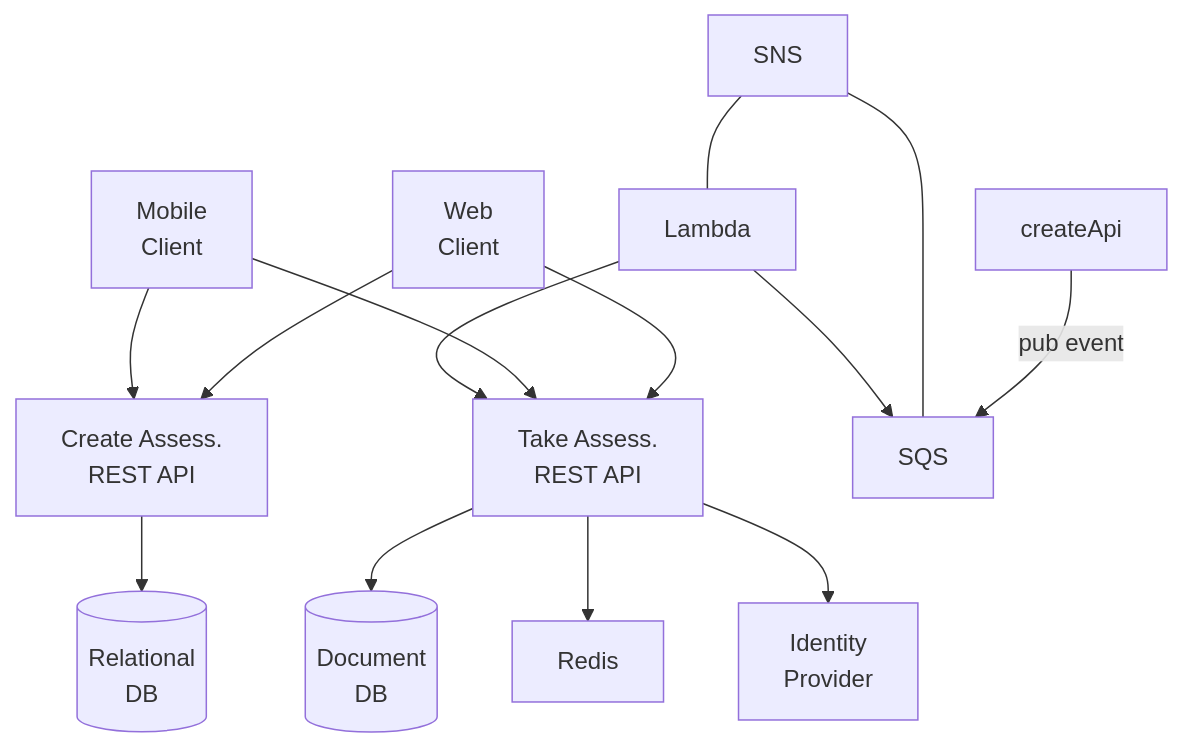
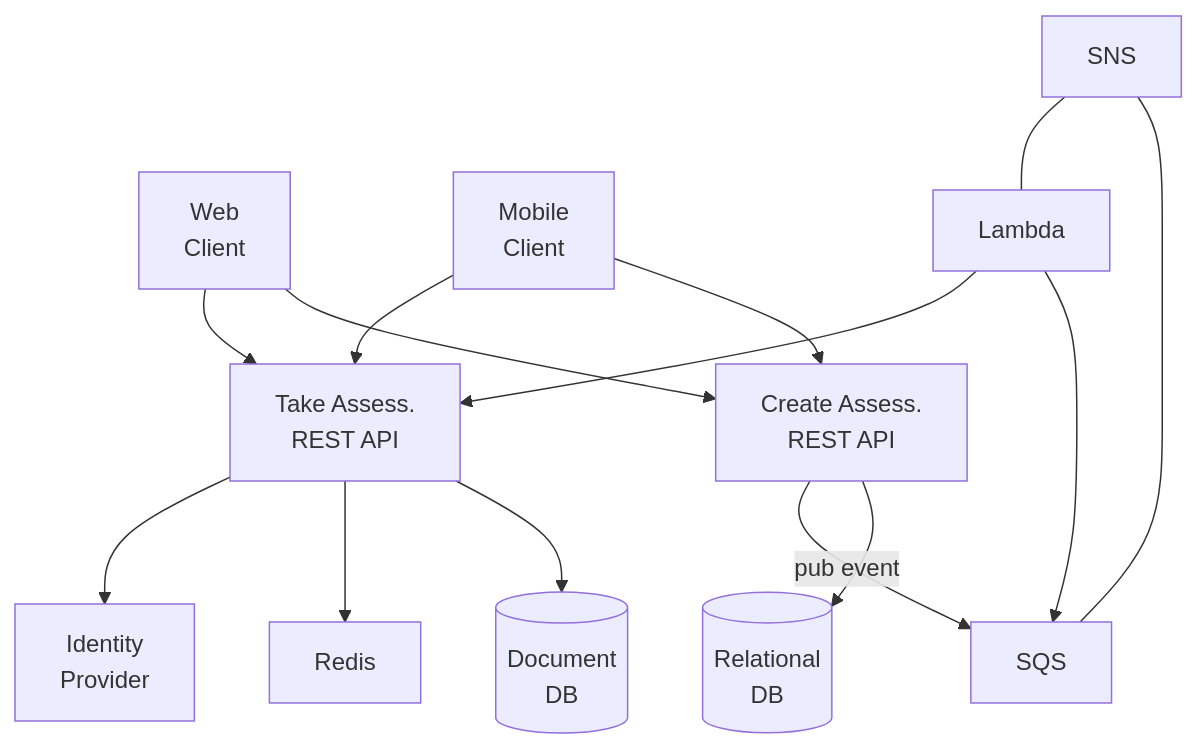
One commit to demaskey/architecture-brainstorm changed the second of 2 diagrams in README.md. Above: the diagram before and after it, drawn with Mermaid.

````diff
--- a/README.md
+++ b/README.md
@@ -47,31 +47,31 @@
 ``` mermaid
 flowchart 
     webClient["Web 
     Client"] 
     apiCreate["Create Assess. 
     REST API"]
     mobileClient["Mobile
     Client"]
     apiTake["Take Assess.
     REST API"]
 
     webClient & mobileClient --> apiCreate & apiTake
 
     createdDb[("Relational
     DB")]
     apiCreate --> createdDb
 
-    createApi --> |pub event|sqs[SQS]
+    apiCreate --> |pub event|sqs[SQS]
     sns[SNS] --- sqs & lambda[Lambda]
     lambda --> sqs & apiTake
 
     takeDb[("Document
     DB")]
     apiTake --> takeDb
 
     redisCache[Redis]
     idp["Identity
     Provider"]
 
     apiTake --> redisCache & idp
 ```
````
